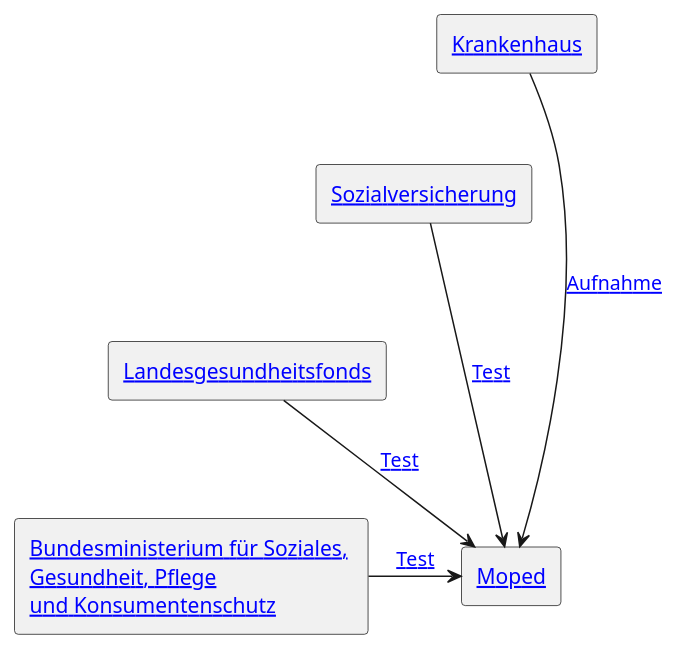
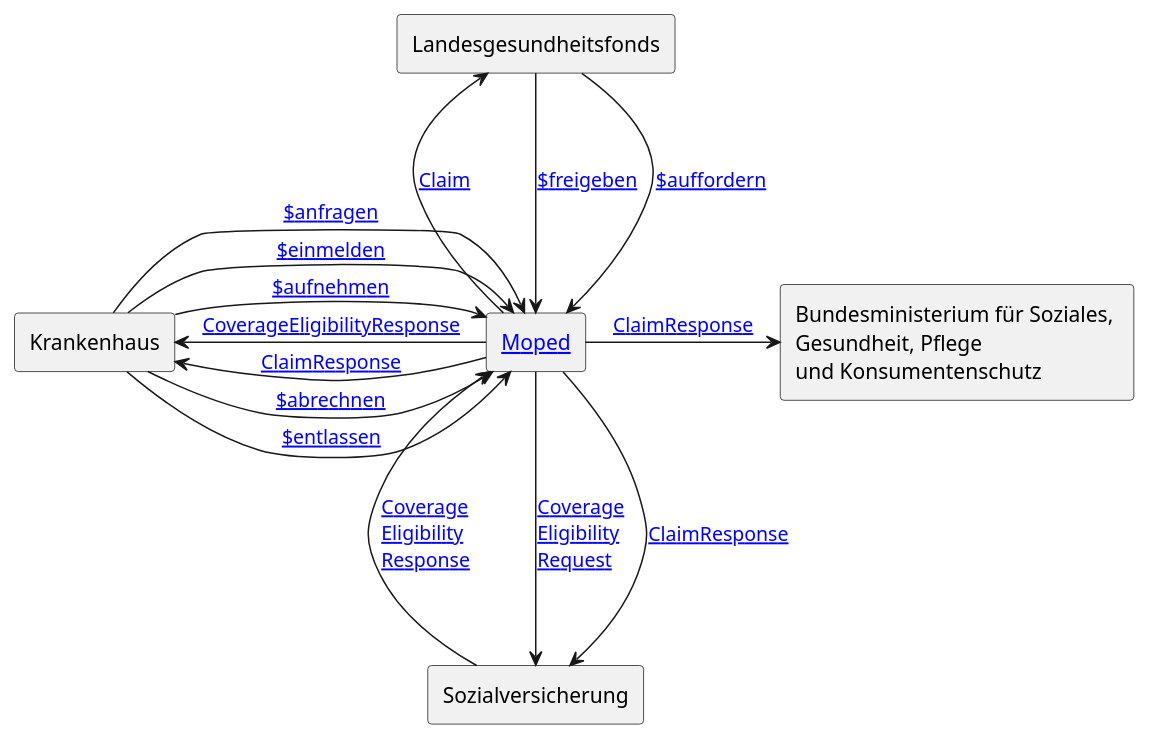
Before and after one commit to HL7Austria/ELGA-MOPED-R5: the diagram in input/images-source/actors.plantuml, drawn with PlantUML.

Commit message:
#187 update image

```diff
--- a/input/images-source/actors.plantuml
+++ b/input/images-source/actors.plantuml
@@ -1,18 +1,28 @@
 @startuml actors
 rectangle "[[index.html Moped]]" as Moped
 
-rectangle "[[#actor-KH Krankenhaus]]" as KH
-rectangle "[[#actor-SV Sozialversicherung]]" as SV
-rectangle "[[#actor-LGF Landesgesundheitsfonds]]" as LGF
-rectangle "[[#actor-BMSGPK Bundesministerium für Soziales, \nGesundheit, Pflege \nund Konsumentenschutz]]" as BMSGPK
+rectangle "Krankenhaus" as KH
+rectangle "Sozialversicherung" as SV
+rectangle "Landesgesundheitsfonds" as LGF
+rectangle "Bundesministerium für Soziales, \nGesundheit, Pflege \nund Konsumentenschutz" as BMSGPK
 
-KH -r-> Moped : "[[OperationDefinition-MOPED.Patient.Aufnehmen.html Aufnahme]]"
-SV -r-> Moped : "[[test.html Test]]"
-LGF -r-> Moped : "[[test.html Test]]"
-BMSGPK -r-> Moped : "[[test.html Test]]"
 
-KH -[hidden]-> SV
-SV -[hidden]-> LGF
-LGF -[hidden]-> BMSGPK
+KH -r--> Moped : "[[OperationDefinition-MOPED.Patient.Aufnehmen.html $aufnehmen]]"
+KH -r--> Moped : "[[OperationDefinition-MOPED.CoverageEligibilityRequest.Anfragen.html $anfragen]]"
+KH -r--> Moped : "[[OperationDefinition-MOPED.Encounter.erfassen.html $entlassen]]"
+KH -r--> Moped : "[[test.html $einmelden]]"
+KH -r--> Moped : "[[OperationDefinition-MOPED.Encounter.Abrechnen.html $abrechnen]]"
+Moped -l--> KH : "[[StructureDefinition-MOPEDCoverageEligibilityResponse.html CoverageEligibilityResponse]]"
+Moped -l--> KH : "[[StructureDefinition-MOPEDClaimResponse.html ClaimResponse]]"
+
+SV -u--> Moped : "[[StructureDefinition-MOPEDCoverageEligibilityResponse.html Coverage\nEligibility\nResponse]]"
+Moped -d--> SV : "[[StructureDefinition-MOPEDCoverageEligibilityRequest.html Coverage\nEligibility\nRequest]]"
+Moped -d--> SV : "[[StructureDefinition-MOPEDClaimResponse.html ClaimResponse]]"
+
+Moped -u--> LGF : "[[StructureDefinition-MOPEDClaim.html Claim]]"
+LGF -d--> Moped : "[[OperationDefinition-MOPED.ClaimResponse.Freigeben.html $freigeben]]"
+LGF -d--> Moped : "[[OperationDefinition-MOPED.ClaimResponse.Auffordern.html $auffordern]]"
+
+Moped -r--> BMSGPK : "[[StructureDefinition-MOPEDClaimResponse.html ClaimResponse]]"
 
 @enduml
```
